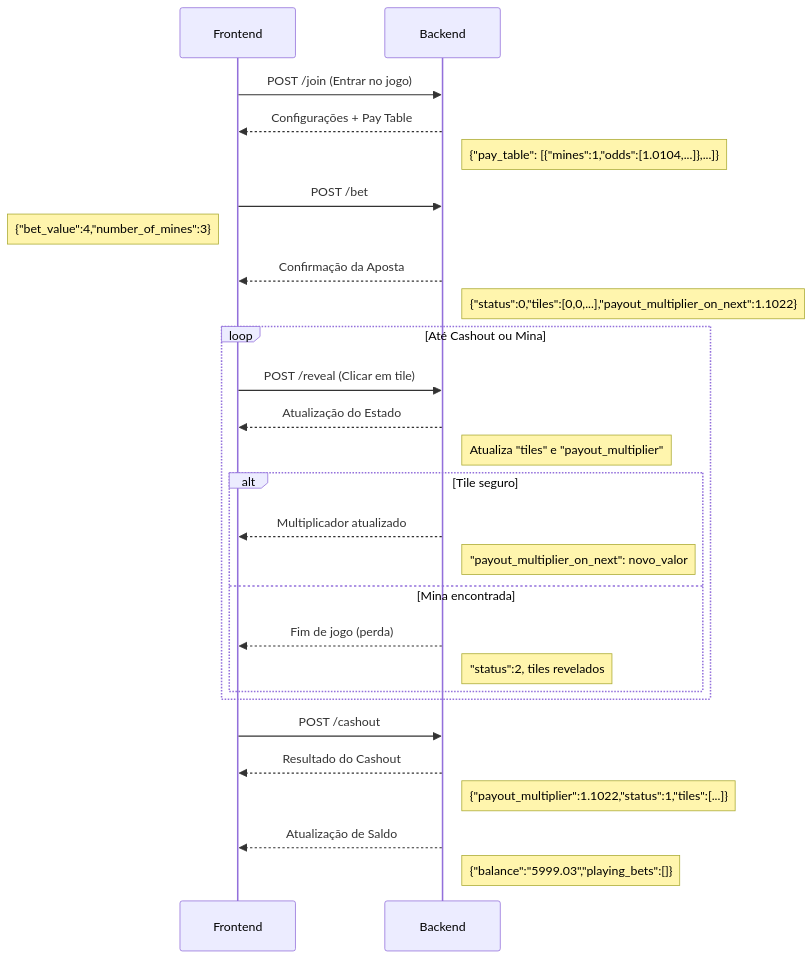
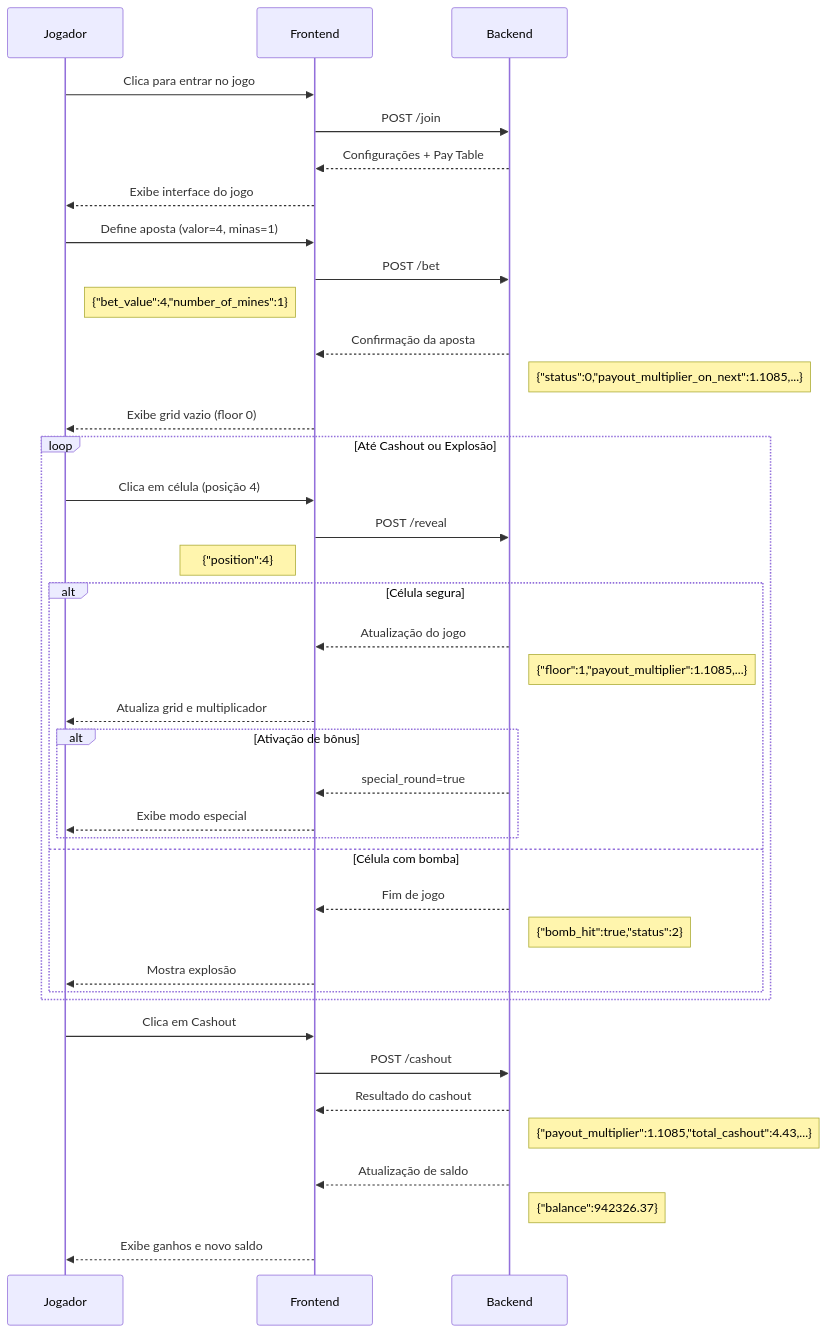
One commit to valdecidanilo/BetForge changed the second of 2 diagrams in README.md. Above: the diagram before and after it, drawn with Mermaid.

Commit message:
Update README.md
teste 3

````diff
--- a/README.md
+++ b/README.md
@@ -45,38 +45,52 @@
 ```mermaid
 sequenceDiagram
+    participant Jogador
     participant Frontend
     participant Backend
     
     %% Entrada no Jogo
-    Frontend->>Backend: POST /join (Entrar no jogo)
+    Jogador->>Frontend: Clica para entrar no jogo
+    Frontend->>Backend: POST /join
     Backend-->>Frontend: Configurações + Pay Table
-    Note right of Backend: {"pay_table": [{"mines":1,"odds":[1.0104,...]},...]}
+    Frontend-->>Jogador: Exibe interface do jogo
     
     %% Aposta Inicial
-    Frontend->>Backend: POST /bet 
-    Note left of Frontend: {"bet_value":4,"number_of_mines":3}
-    Backend-->>Frontend: Confirmação da Aposta
-    Note right of Backend: {"status":0,"tiles":[0,0,...],"payout_multiplier_on_next":1.1022}
+    Jogador->>Frontend: Define aposta (valor=4, minas=1)
+    Frontend->>Backend: POST /bet
+    Note left of Frontend: {"bet_value":4,"number_of_mines":1}
+    Backend-->>Frontend: Confirmação da aposta
+    Note right of Backend: {"status":0,"payout_multiplier_on_next":1.1085,...}
+    Frontend-->>Jogador: Exibe grid vazio (floor 0)
     
     %% Loop de Jogadas
-    loop Até Cashout ou Mina
-        Frontend->>Backend: POST /reveal (Clicar em tile)
-        Backend-->>Frontend: Atualização do Estado
-        Note right of Backend: Atualiza "tiles" e "payout_multiplier"
+    loop Até Cashout ou Explosão
+        Jogador->>Frontend: Clica em célula (posição 4)
+        Frontend->>Backend: POST /reveal
+        Note left of Frontend: {"position":4}
         
-        alt Tile seguro
-            Backend-->>Frontend: Multiplicador atualizado
-            Note right of Backend: "payout_multiplier_on_next": novo_valor
-        else Mina encontrada
-            Backend-->>Frontend: Fim de jogo (perda)
-            Note right of Backend: "status":2, tiles revelados
+        alt Célula segura
+            Backend-->>Frontend: Atualização do jogo
+            Note right of Backend: {"floor":1,"payout_multiplier":1.1085,...}
+            Frontend-->>Jogador: Atualiza grid e multiplicador
+            
+            alt Ativação de bônus
+                Backend-->>Frontend: special_round=true
+                Frontend-->>Jogador: Exibe modo especial
+            end
+            
+        else Célula com bomba
+            Backend-->>Frontend: Fim de jogo
+            Note right of Backend: {"bomb_hit":true,"status":2}
+            Frontend-->>Jogador: Mostra explosão
         end
     end
     
     %% Cashout
+    Jogador->>Frontend: Clica em Cashout
     Frontend->>Backend: POST /cashout
-    Backend-->>Frontend: Resultado do Cashout
-    Note right of Backend: {"payout_multiplier":1.1022,"status":1,"tiles":[...]}
-    Backend-->>Frontend: Atualização de Saldo
-    Note right of Backend: {"balance":"5999.03","playing_bets":[]}
+    Backend-->>Frontend: Resultado do cashout
+    Note right of Backend: {"payout_multiplier":1.1085,"total_cashout":4.43,...}
+    Backend-->>Frontend: Atualização de saldo
+    Note right of Backend: {"balance":942326.37}
+    Frontend-->>Jogador: Exibe ganhos e novo saldo
 ```
````
